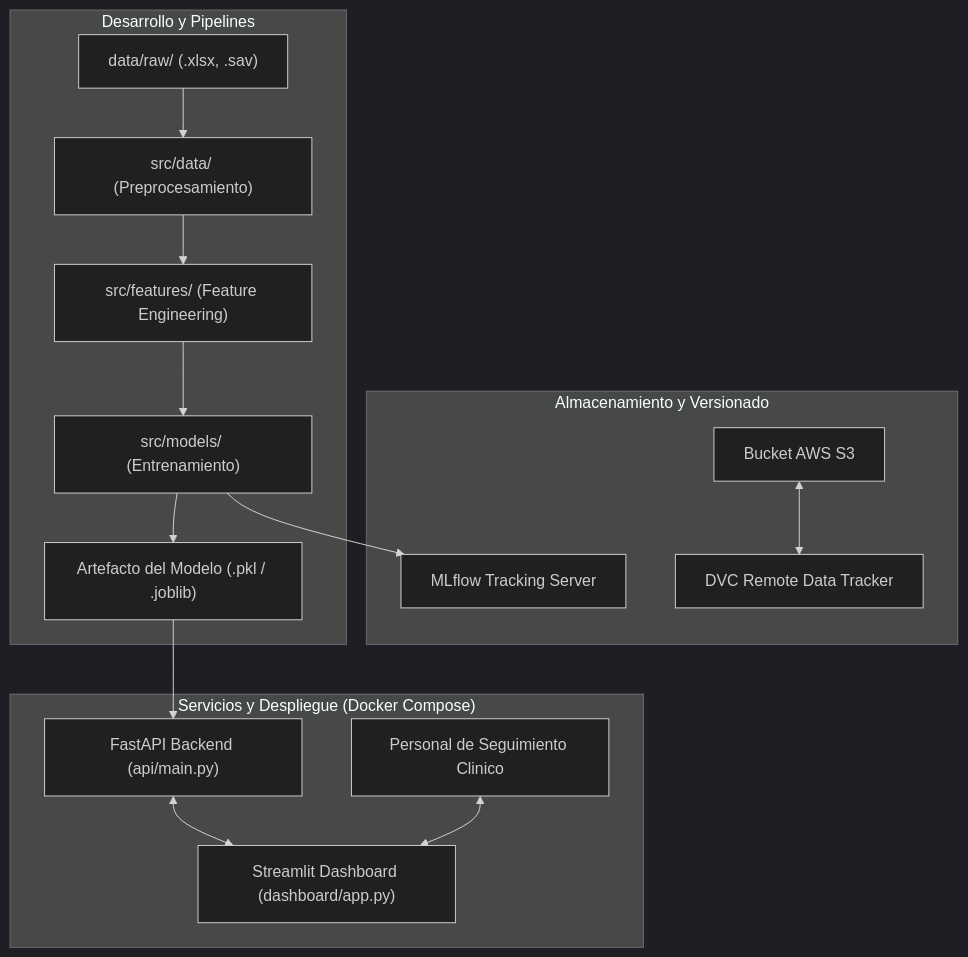
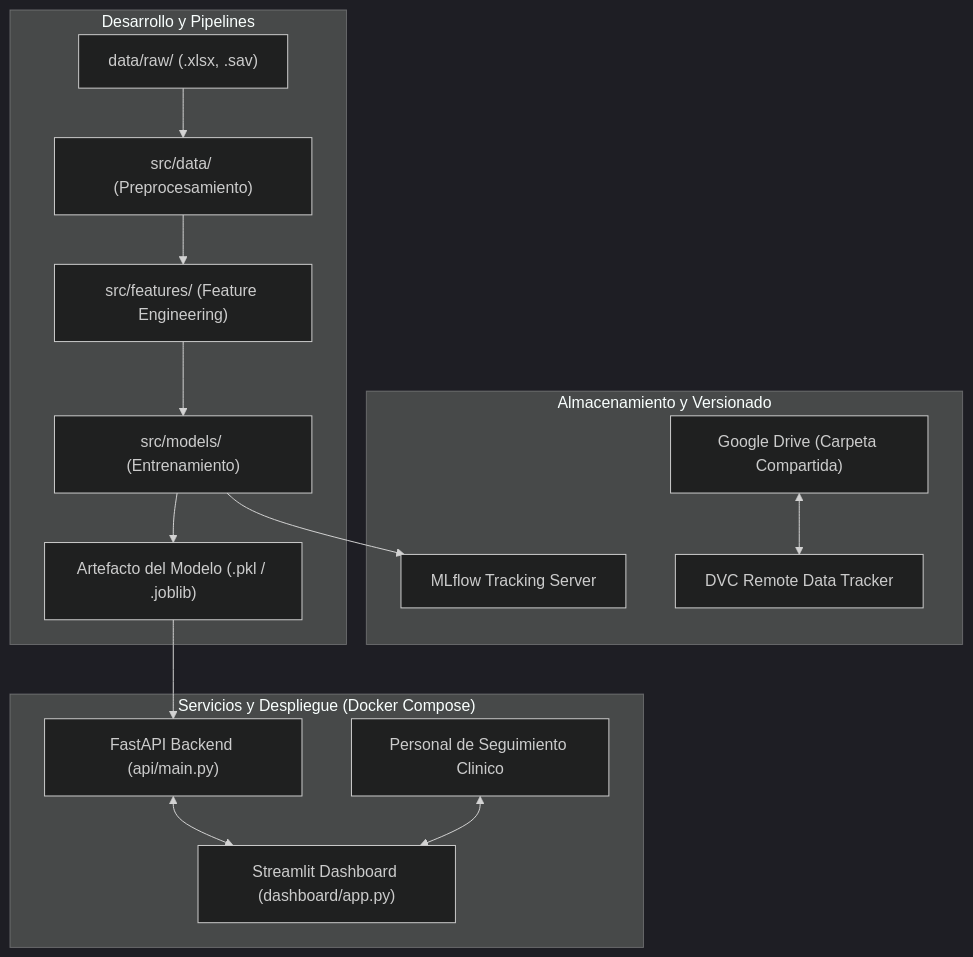
Before and after one commit to MAIA-FinalProject/Microproyecto: the first of 2 diagrams in README.md, drawn with Mermaid (dark theme). The commit also changed other lines of this file and 6 other files, not shown here.

Commit message:
feat(data): migrar remoto DVC de S3 a Google Drive y documentar diccionario de datos

````diff
--- a/README.md
+++ b/README.md
@@ -45,23 +45,23 @@
 ```mermaid
 flowchart TD
     subgraph Almacenamiento_y_Versionado["Almacenamiento y Versionado"]
-        S3["Bucket AWS S3"]
+        GDrive["Google Drive (Carpeta Compartida)"]
         DVC["DVC Remote Data Tracker"]
         MLflow_Server["MLflow Tracking Server"]
-        S3 <--> DVC
+        GDrive <--> DVC
     end
 
     subgraph Desarrollo_y_Pipelines["Desarrollo y Pipelines"]
         RAW["data/raw/ (.xlsx, .sav)"] --> PRE["src/data/ (Preprocesamiento)"]
         PRE --> FEAT["src/features/ (Feature Engineering)"]
         FEAT --> TRAIN["src/models/ (Entrenamiento)"]
         TRAIN --> MLflow_Server
         TRAIN --> MODEL_ART["Artefacto del Modelo (.pkl / .joblib)"]
     end
 
     subgraph Servicios_y_Despliegue["Servicios y Despliegue (Docker Compose)"]
         MODEL_ART --> API["FastAPI Backend (api/main.py)"]
         API <--> ST["Streamlit Dashboard (dashboard/app.py)"]
         USER["Personal de Seguimiento Clinico"] <--> ST
     end
 ```
````
